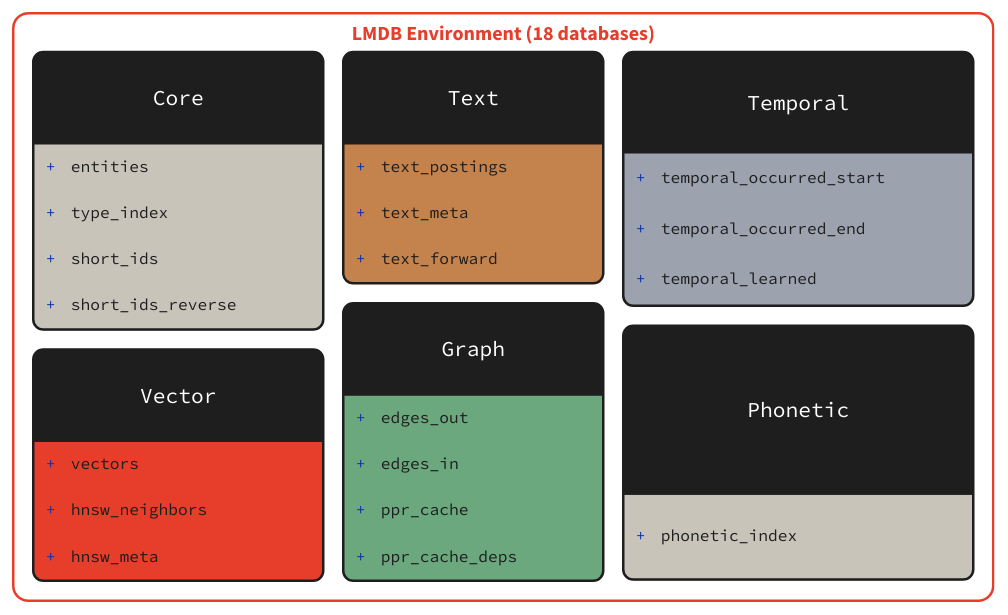
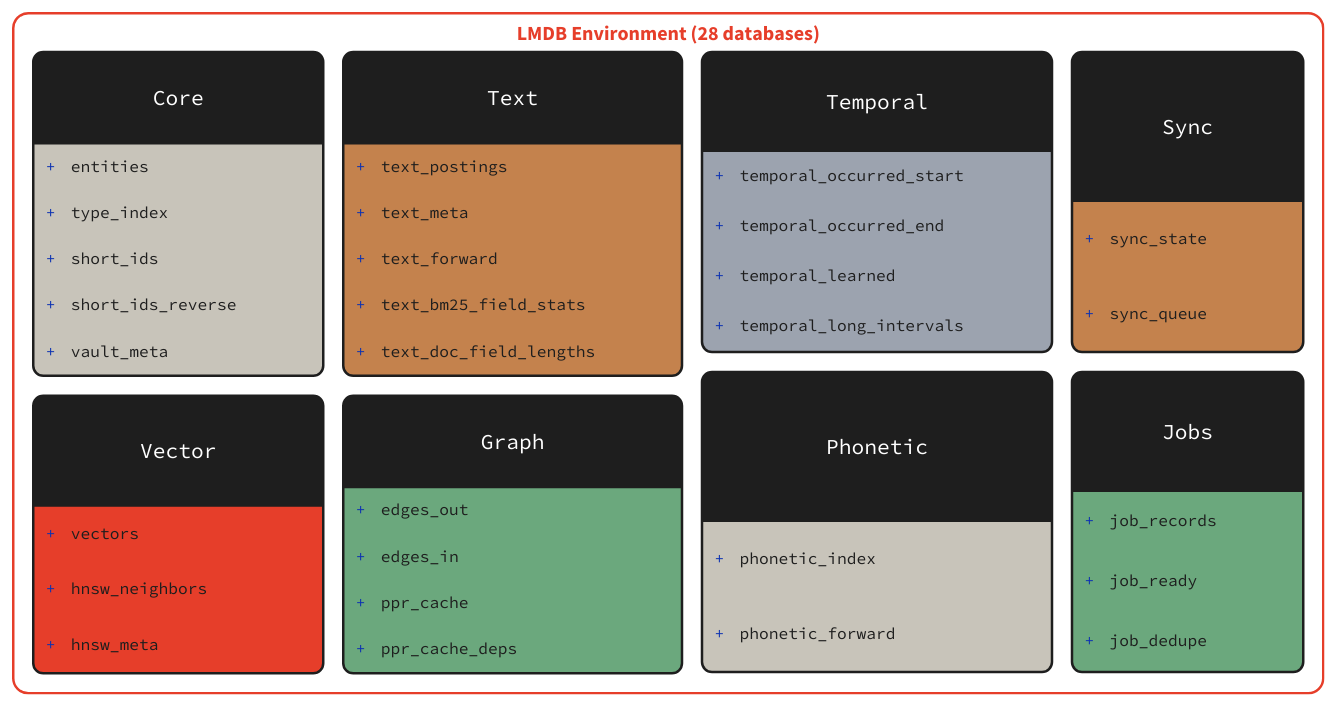
Before and after one commit to oneiron-dev/oneiron: the diagram in docs/storage-dark.d2, drawn with D2. The commit also changed 8 other files, not shown here.

First line of the commit message:
docs: refresh deployment and storage diagrams

```diff
--- a/docs/storage-dark.d2
+++ b/docs/storage-dark.d2
@@ -1,97 +1,129 @@
 direction: down
 
-vault: LMDB Environment (18 databases) {
+vault: LMDB Environment (28 databases) {
   style.fill: transparent
   style.stroke: "#E63E2A"
   style.border-radius: 12
   style.font-color: "#E63E2A"
   style.font-size: 16
   style.bold: true
 
-  grid-columns: 3
+  grid-columns: 4
   grid-gap: 16
 
   core: "Core" {
     shape: class
     style.fill: "#1E1E1E"
     style.stroke: "#C8C4BA"
     style.border-radius: 8
     style.font-color: "#ffffff"
     style.font-size: 13
 
 
     entities
     type_index
     short_ids
     short_ids_reverse
+    vault_meta
   }
 
   vector: "Vector" {
     shape: class
     style.fill: "#1E1E1E"
     style.stroke: "#E63E2A"
     style.border-radius: 8
     style.font-color: "#ffffff"
     style.font-size: 13
 
 
     vectors
     hnsw_neighbors
     hnsw_meta
   }
 
   text: "Text" {
     shape: class
     style.fill: "#1E1E1E"
     style.stroke: "#C4824D"
     style.border-radius: 8
     style.font-color: "#ffffff"
     style.font-size: 13
 
 
     text_postings
     text_meta
     text_forward
+    text_bm25_field_stats
+    text_doc_field_lengths
   }
 
   graph: "Graph" {
     shape: class
     style.fill: "#1E1E1E"
     style.stroke: "#6BA87D"
     style.border-radius: 8
     style.font-color: "#ffffff"
     style.font-size: 13
 
 
     edges_out
     edges_in
     ppr_cache
     ppr_cache_deps
   }
 
   temporal: "Temporal" {
     shape: class
     style.fill: "#1E1E1E"
     style.stroke: "#9CA3AF"
     style.border-radius: 8
     style.font-color: "#ffffff"
     style.font-size: 13
 
 
     temporal_occurred_start
     temporal_occurred_end
     temporal_learned
+    temporal_long_intervals
   }
 
   phonetic: "Phonetic" {
     shape: class
     style.fill: "#1E1E1E"
     style.stroke: "#C8C4BA"
     style.border-radius: 8
     style.font-color: "#ffffff"
     style.font-size: 13
 
 
     phonetic_index
+    phonetic_forward
+  }
+
+  sync: "Sync" {
+    shape: class
+    style.fill: "#1E1E1E"
+    style.stroke: "#C4824D"
+    style.border-radius: 8
+    style.font-color: "#ffffff"
+    style.font-size: 13
+
+
+    sync_state
+    sync_queue
+  }
+
+  jobs: "Jobs" {
+    shape: class
+    style.fill: "#1E1E1E"
+    style.stroke: "#6BA87D"
+    style.border-radius: 8
+    style.font-color: "#ffffff"
+    style.font-size: 13
+
+
+    job_records
+    job_ready
+    job_dedupe
   }
 }
```
